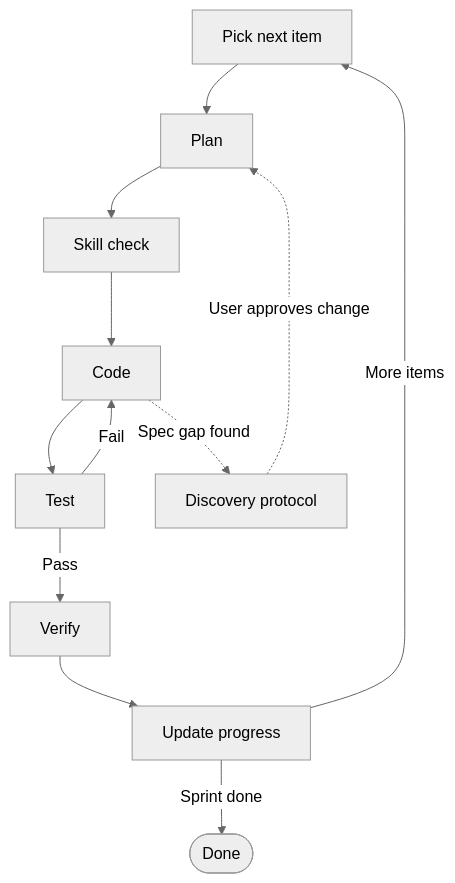
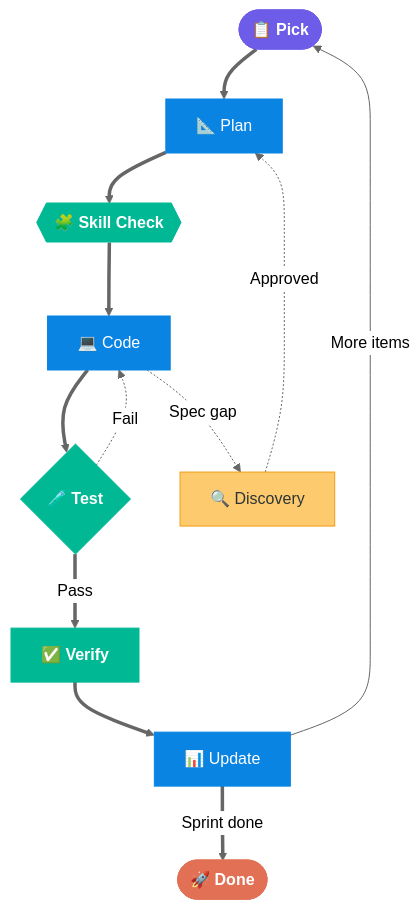
One commit to yunusakin/spectra changed the second of 4 diagrams in README.md. Above: the diagram before and after it, drawn with Mermaid (neutral theme). The commit also changed other lines of this file, not shown here.

````diff
--- a/README.md
+++ b/README.md
@@ -115,15 +133,27 @@
 ```mermaid
 flowchart TD
-  Pick["Pick next item"] --> Plan["Plan"]
-  Plan --> Skill["Skill check"]
-  Skill --> Code["Code"]
-  Code --> Test["Test"]
-  Test -->|Fail| Code
-  Test -->|Pass| Verify["Verify"]
-  Verify --> Update["Update progress"]
+  Pick(["📋 Pick"]) ==> Plan["📐 Plan"]
+  Plan ==> Skill{{"🧩 Skill Check"}}
+  Skill ==> Code["💻 Code"]
+  Code ==> Test{"🧪 Test"}
+  Test -.->|Fail| Code
+  Test ==>|Pass| Verify["✅ Verify"]
+  Verify ==> Update["📊 Update"]
   Update -->|More items| Pick
-  Update -->|Sprint done| Done(["Done"])
+  Update ==>|Sprint done| Done(["🚀 Done"])
 
-  Code -.->|Spec gap found| Discovery["Discovery protocol"]
-  Discovery -.->|User approves change| Plan
+  Code -.->|Spec gap| Discovery["🔍 Discovery"]
+  Discovery -.->|Approved| Plan
+
+  classDef start fill:#6C5CE7,stroke:#6C5CE7,color:#fff,font-weight:bold
+  classDef work fill:#0984E3,stroke:#0984E3,color:#fff
+  classDef check fill:#00B894,stroke:#00B894,color:#fff,font-weight:bold
+  classDef warn fill:#FDCB6E,stroke:#F39C12,color:#2D3436
+  classDef finish fill:#E17055,stroke:#E17055,color:#fff,font-weight:bold
+
+  class Pick start
+  class Plan,Code,Update work
+  class Skill,Test,Verify check
+  class Discovery warn
+  class Done finish
 ```
````
